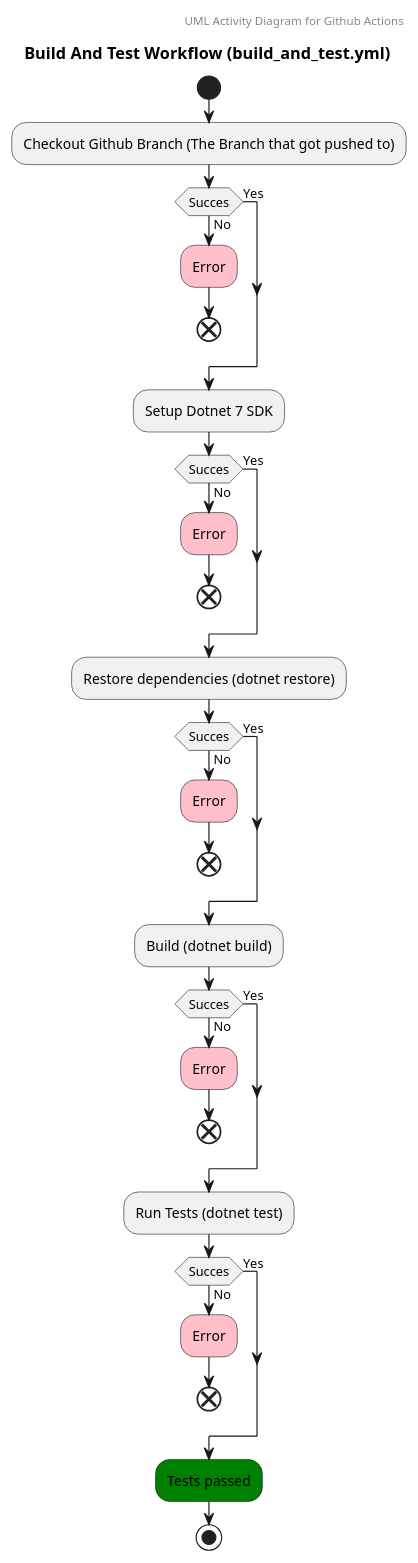
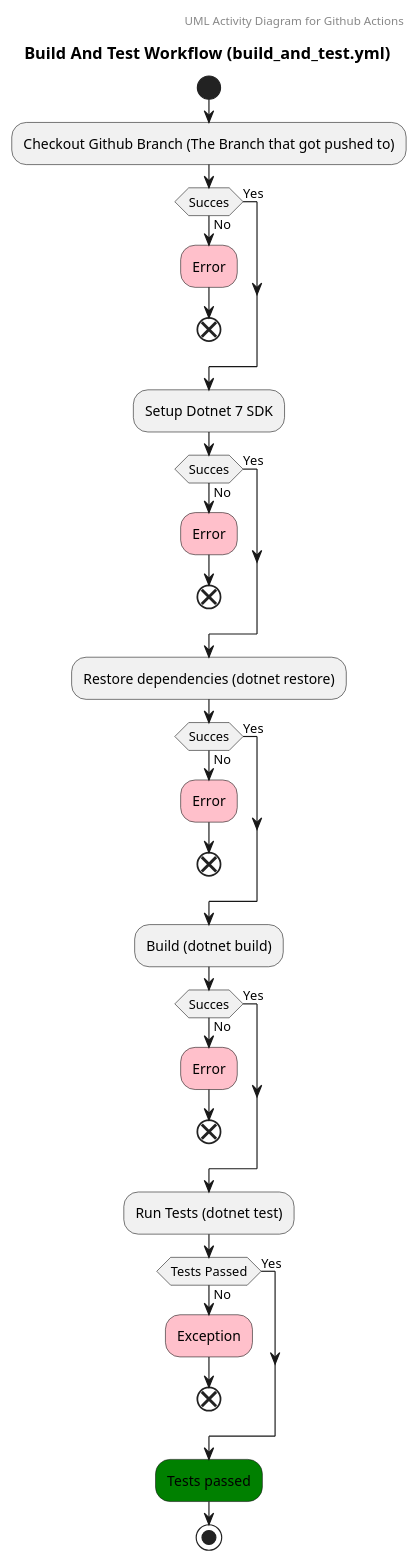
One commit to ITU-BDSA23-GROUP10/Chirp changed the diagram in report_diagrams/UML_activity_diagrams/build_test_UML_act.puml. Above: the diagram before and after it, drawn with PlantUML. The commit also changed 1 other file, not shown here.

Commit message:
fixed an error in a UML diagram

```diff
--- a/report_diagrams/UML_activity_diagrams/build_test_UML_act.puml
+++ b/report_diagrams/UML_activity_diagrams/build_test_UML_act.puml
@@ -1,50 +1,50 @@
 @startuml
 header UML Activity Diagram for Github Actions
 title Build And Test Workflow (build_and_test.yml)
 start
 :Checkout Github Branch (The Branch that got pushed to);
 
 
 if(Succes) then (No)
     #pink:Error;
     end
 else (Yes)
 endif
 
 
 :Setup Dotnet 7 SDK;
 
 if(Succes) then (No)
     #pink:Error;
     end
 else (Yes)
 endif
 
 :Restore dependencies (dotnet restore);
 
 if(Succes) then (No)
     #pink:Error;
     end
 else (Yes)
 endif
 
 :Build (dotnet build);
 
 if(Succes) then (No)
     #pink:Error;
     end
 else (Yes)
 endif
 
 :Run Tests (dotnet test);
 
-if(Succes) then (No)
-    #pink:Error;
+if(Tests Passed) then (No)
+    #pink:Exception;
     end
 else (Yes)
 endif
 
 #green:Tests passed;
 
 stop
 @enduml
```
